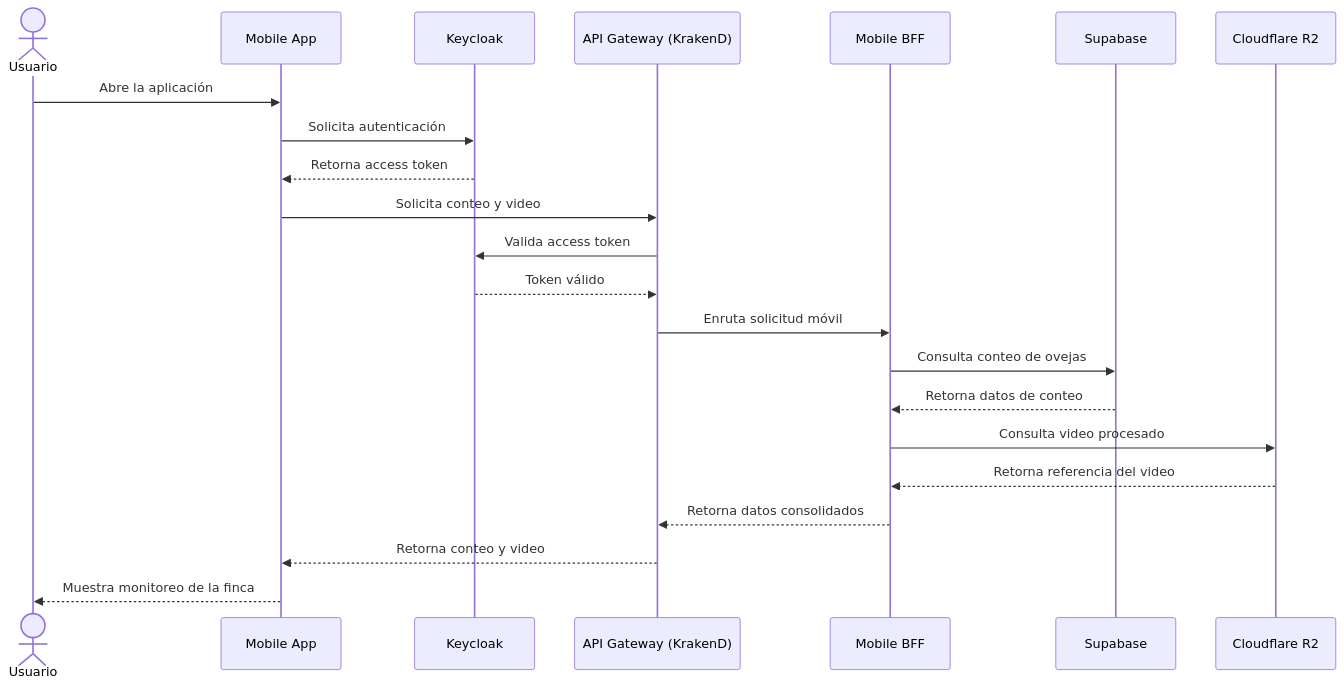
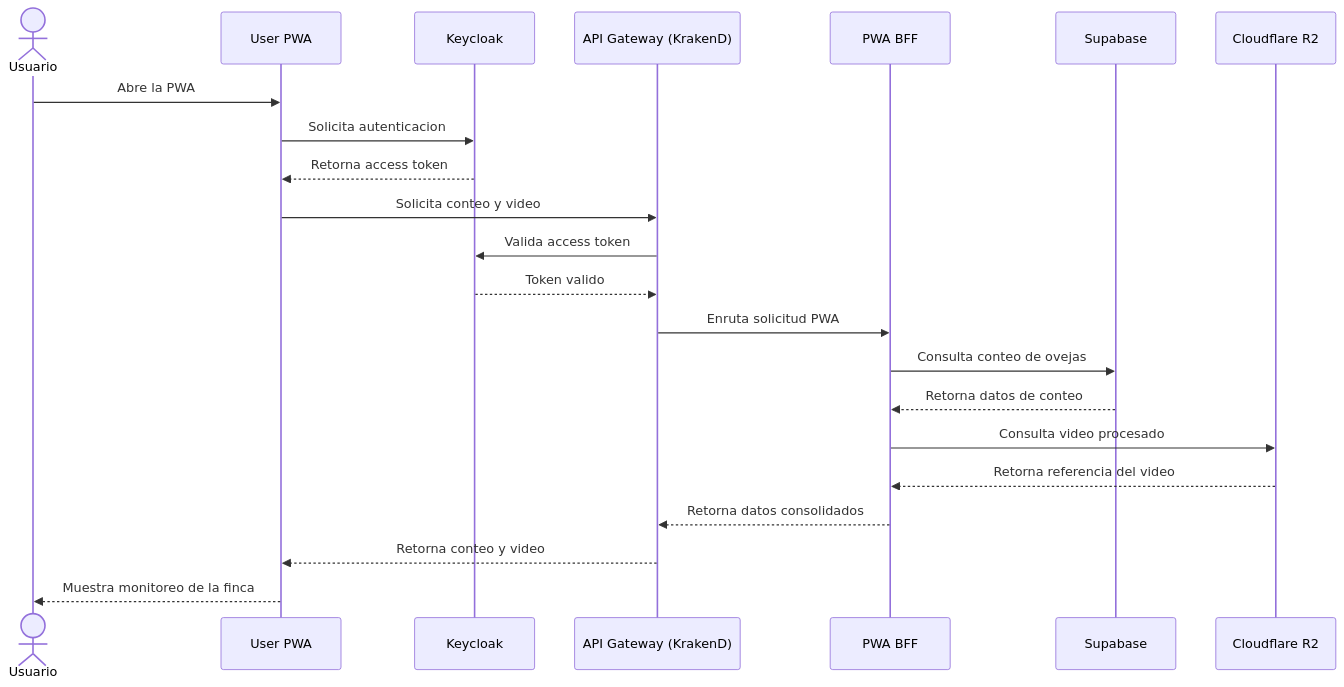
One commit to joseguambo1994/ganadotech-docs changed the diagram in docs/prod/diagrama-de-secuencia/flujo-usuario-final/index.md. Above: the diagram before and after it, drawn with Mermaid. The commit also changed 4 other files, not shown here.

Commit message:
feat: Update diagram to include PWA instead of mobile app due to apps stores approvals.

````diff
--- a/docs/prod/diagrama-de-secuencia/flujo-usuario-final/index.md
+++ b/docs/prod/diagrama-de-secuencia/flujo-usuario-final/index.md
@@ -1,25 +1,25 @@
 ```mermaid
 sequenceDiagram
     actor User as Usuario
-    participant Mobile as Mobile App
+    participant PWA as User PWA
     participant Keycloak as Keycloak
     participant Gateway as API Gateway (KrakenD)
-    participant MobileBff as Mobile BFF
+    participant PwaBff as PWA BFF
     participant Supabase as Supabase
     participant R2 as Cloudflare R2
 
-    User->>Mobile: Abre la aplicación
-    Mobile->>Keycloak: Solicita autenticación
-    Keycloak-->>Mobile: Retorna access token
-    Mobile->>Gateway: Solicita conteo y video
+    User->>PWA: Abre la PWA
+    PWA->>Keycloak: Solicita autenticacion
+    Keycloak-->>PWA: Retorna access token
+    PWA->>Gateway: Solicita conteo y video
     Gateway->>Keycloak: Valida access token
-    Keycloak-->>Gateway: Token válido
-    Gateway->>MobileBff: Enruta solicitud móvil
-    MobileBff->>Supabase: Consulta conteo de ovejas
-    Supabase-->>MobileBff: Retorna datos de conteo
-    MobileBff->>R2: Consulta video procesado
-    R2-->>MobileBff: Retorna referencia del video
-    MobileBff-->>Gateway: Retorna datos consolidados
-    Gateway-->>Mobile: Retorna conteo y video
-    Mobile-->>User: Muestra monitoreo de la finca
+    Keycloak-->>Gateway: Token valido
+    Gateway->>PwaBff: Enruta solicitud PWA
+    PwaBff->>Supabase: Consulta conteo de ovejas
+    Supabase-->>PwaBff: Retorna datos de conteo
+    PwaBff->>R2: Consulta video procesado
+    R2-->>PwaBff: Retorna referencia del video
+    PwaBff-->>Gateway: Retorna datos consolidados
+    Gateway-->>PWA: Retorna conteo y video
+    PWA-->>User: Muestra monitoreo de la finca
 ```
````
